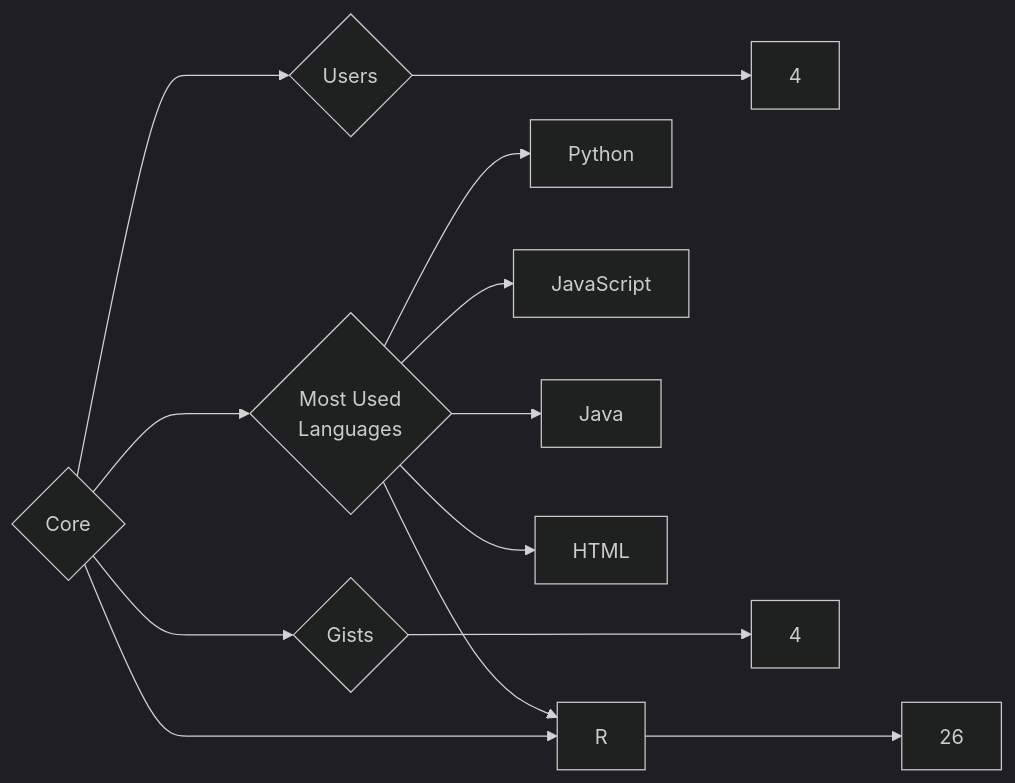
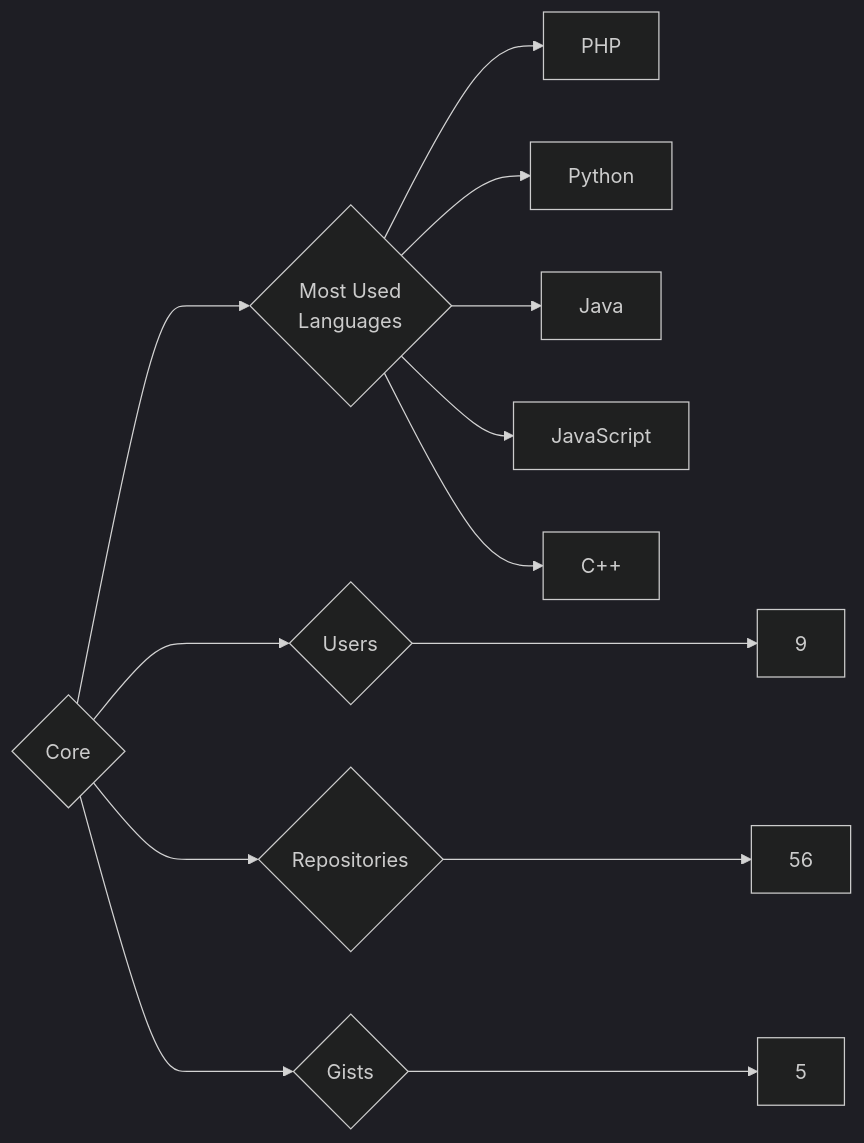
One commit to trickest/insiders changed the diagram in targets/Core/README.md. Above: the diagram before and after it, drawn with Mermaid (dark theme). The commit also changed 1084 other files, not shown here.

````diff
--- a/targets/Core/README.md
+++ b/targets/Core/README.md
@@ -3,13 +3,13 @@
 ```mermaid
 graph LR
 COMPANY_NAME{Core}
-COMPANY_NAME ---> U{Users} ---> UN[4]
-COMPANY_NAME ---> R{Repositories} ---> RN[26]
-COMPANY_NAME ---> G{Gists} ---> GN[4]
+COMPANY_NAME ---> U{Users} ---> UN[9]
+COMPANY_NAME ---> R{Repositories} ---> RN[56]
+COMPANY_NAME ---> G{Gists} ---> GN[5]
 COMPANY_NAME ---> ML{Most Used<br>Languages}
+ML --> PHP[PHP]
 ML --> Python[Python]
+ML --> Java[Java]
 ML --> JavaScript[JavaScript]
-ML --> R[R]
-ML --> Java[Java]
-ML --> HTML[HTML]
+ML --> C++[C++]
 ```
````
